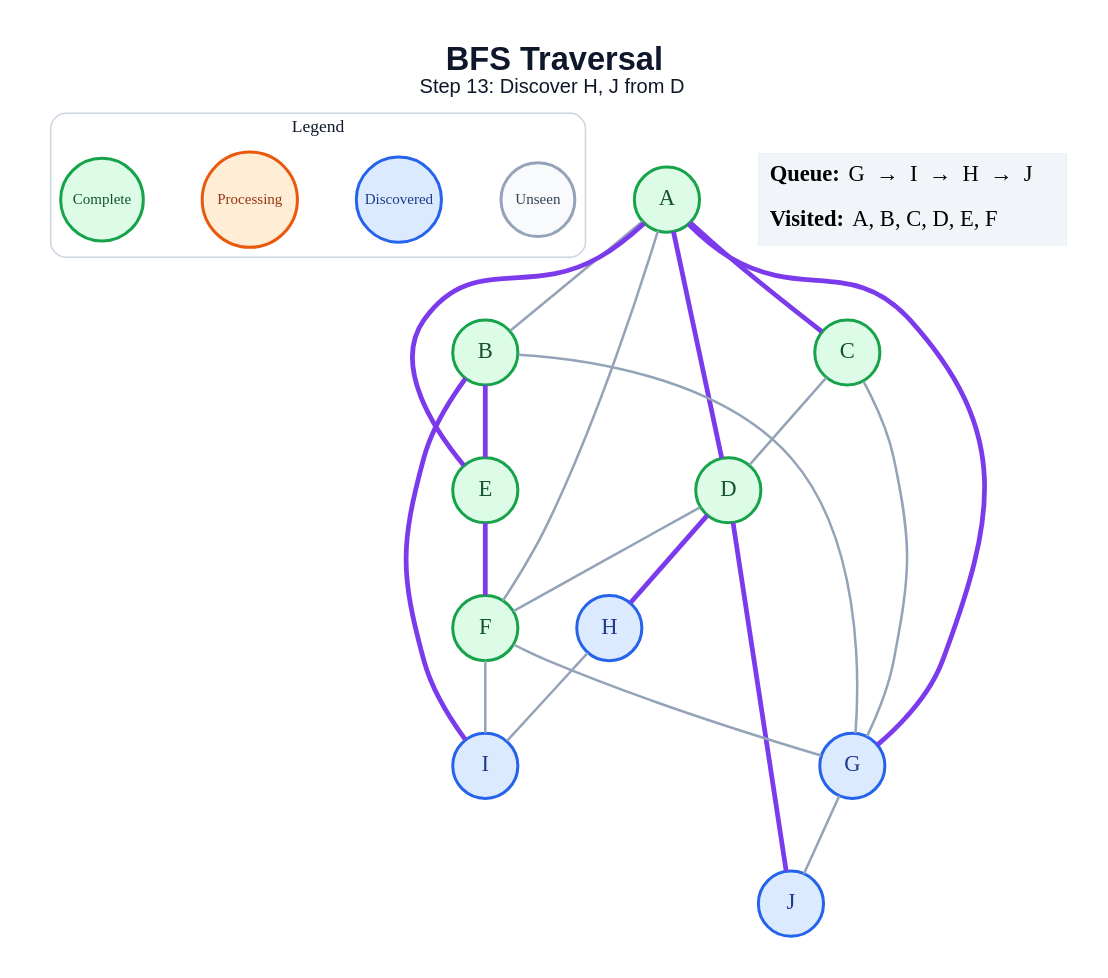
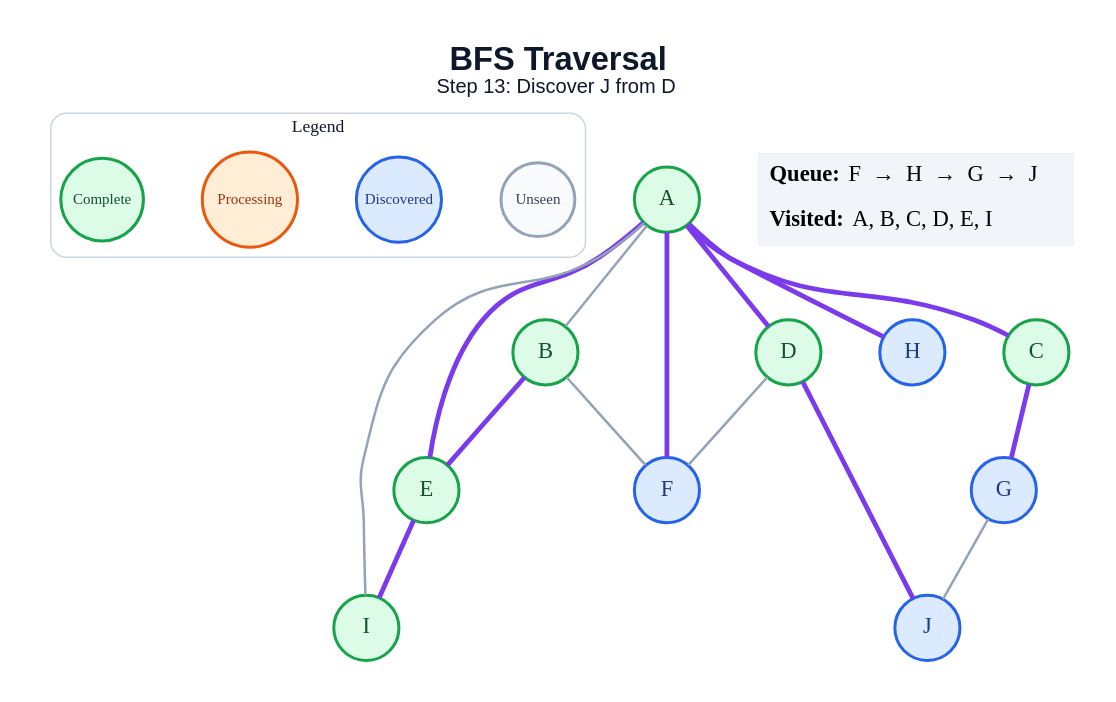
The diagram in generated/specific-node/bfs/step_13.dot (amanghodawala9/ai-slop), drawn with Graphviz before and after one commit. The commit also changed 178 other files, not shown here.

```diff
--- a/generated/specific-node/bfs/step_13.dot
+++ b/generated/specific-node/bfs/step_13.dot
@@ -1,48 +1,43 @@
 graph traversal {
   graph [layout=dot, rankdir=TB, bgcolor="#FFFFFF", pad="0.35", nodesep="0.65", ranksep="0.8", fontname="Arial"];
   node [shape=circle, style="filled", fontname="Arial Bold", fontsize=18, width=0.72, fixedsize=true, penwidth=2.4];
   edge [color="#94A3B8", penwidth=2.0];
-  label=<<B>BFS Traversal</B><BR/><FONT POINT-SIZE="16">Step 13: Discover H, J from D</FONT>>; labelloc="t"; fontsize=26; fontname="Arial"; fontcolor="#0F172A";
+  label=<<B>BFS Traversal</B><BR/><FONT POINT-SIZE="16">Step 13: Discover J from D</FONT>>; labelloc="t"; fontsize=26; fontname="Arial"; fontcolor="#0F172A";
   subgraph cluster_legend { label="Legend"; color="#CBD5E1"; penwidth=1.2; style="rounded"; fontsize=14; fontname="Arial Bold";
     key_unseen [label="Unseen", fillcolor="#F8FAFC", color="#94A3B8", fontcolor="#334155", fontsize=12, width=0.82];
     key_frontier [label="Discovered", fillcolor="#DBEAFE", color="#2563EB", fontcolor="#1E3A8A", fontsize=12, width=0.95];
     key_current [label="Processing", fillcolor="#FFEDD5", color="#EA580C", fontcolor="#9A3412", fontsize=12, width=1.05];
     key_done [label="Complete", fillcolor="#DCFCE7", color="#16A34A", fontcolor="#14532D", fontsize=12, width=0.92];
     { rank=same; key_unseen; key_frontier; key_current; key_done; }
   }
   A [fillcolor="#DCFCE7", color="#16A34A", fontcolor="#14532D"];
   B [fillcolor="#DCFCE7", color="#16A34A", fontcolor="#14532D"];
   C [fillcolor="#DCFCE7", color="#16A34A", fontcolor="#14532D"];
   D [fillcolor="#DCFCE7", color="#16A34A", fontcolor="#14532D"];
   E [fillcolor="#DCFCE7", color="#16A34A", fontcolor="#14532D"];
-  F [fillcolor="#DCFCE7", color="#16A34A", fontcolor="#14532D"];
+  F [fillcolor="#DBEAFE", color="#2563EB", fontcolor="#1E3A8A"];
   G [fillcolor="#DBEAFE", color="#2563EB", fontcolor="#1E3A8A"];
   H [fillcolor="#DBEAFE", color="#2563EB", fontcolor="#1E3A8A"];
-  I [fillcolor="#DBEAFE", color="#2563EB", fontcolor="#1E3A8A"];
+  I [fillcolor="#DCFCE7", color="#16A34A", fontcolor="#14532D"];
   J [fillcolor="#DBEAFE", color="#2563EB", fontcolor="#1E3A8A"];
   A -- B;
   A -- C [color="#7C3AED", penwidth=3.8];
   A -- D [color="#7C3AED", penwidth=3.8];
   A -- E [color="#7C3AED", penwidth=3.8];
-  A -- F;
-  A -- G [color="#7C3AED", penwidth=3.8];
+  A -- F [color="#7C3AED", penwidth=3.8];
+  A -- H [color="#7C3AED", penwidth=3.8];
+  A -- I;
   B -- E [color="#7C3AED", penwidth=3.8];
-  B -- G;
-  B -- I [color="#7C3AED", penwidth=3.8];
-  C -- D;
-  C -- G;
+  B -- F;
+  C -- G [color="#7C3AED", penwidth=3.8];
   D -- F;
-  D -- H [color="#7C3AED", penwidth=3.8];
   D -- J [color="#7C3AED", penwidth=3.8];
-  E -- F [color="#7C3AED", penwidth=3.8];
-  F -- G;
-  F -- I;
+  E -- I [color="#7C3AED", penwidth=3.8];
   G -- J;
-  H -- I;
   status [shape=plain, fixedsize=false, width=0, height=0, margin=0, label=<
     <TABLE BORDER="0" CELLBORDER="0" CELLPADDING="7" BGCOLOR="#F1F5F9">
-      <TR><TD ALIGN="LEFT"><B>Queue:</B> G  →  I  →  H  →  J</TD></TR>
-      <TR><TD ALIGN="LEFT"><B>Visited:</B> A, B, C, D, E, F</TD></TR>
+      <TR><TD ALIGN="LEFT"><B>Queue:</B> F  →  H  →  G  →  J</TD></TR>
+      <TR><TD ALIGN="LEFT"><B>Visited:</B> A, B, C, D, E, I</TD></TR>
     </TABLE>
   >];
 }
```
